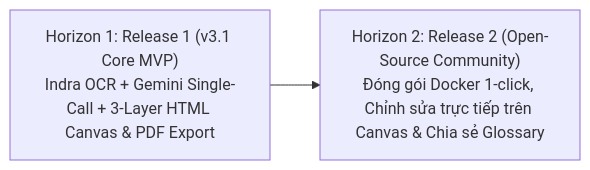
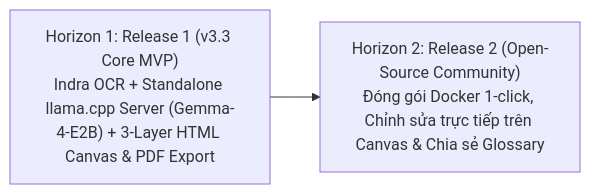
One commit to phamvantienkiz/paper-translation changed the diagram in docs/business/roadmap.md. Above: the diagram before and after it, drawn with Mermaid. The commit also changed other lines of this file and 26 other files, not shown here.

Commit message:
feat(llm): implement standalone llama.cpp server v3.3 and verify e2e cvpr pipeline

````diff
--- a/docs/business/roadmap.md
+++ b/docs/business/roadmap.md
@@ -13,4 +13,4 @@
 ```mermaid
 flowchart LR
-    H1["Horizon 1: Release 1 (v3.1 Core MVP)<br>Indra OCR + Gemini Single-Call + 3-Layer HTML Canvas & PDF Export"] --> H2["Horizon 2: Release 2 (Open-Source Community)<br>Đóng gói Docker 1-click, Chỉnh sửa trực tiếp trên Canvas & Chia sẻ Glossary"]
+    H1["Horizon 1: Release 1 (v3.3 Core MVP)<br>Indra OCR + Standalone llama.cpp Server (Gemma-4-E2B) + 3-Layer HTML Canvas & PDF Export"] --> H2["Horizon 2: Release 2 (Open-Source Community)<br>Đóng gói Docker 1-click, Chỉnh sửa trực tiếp trên Canvas & Chia sẻ Glossary"]
 ```
````
